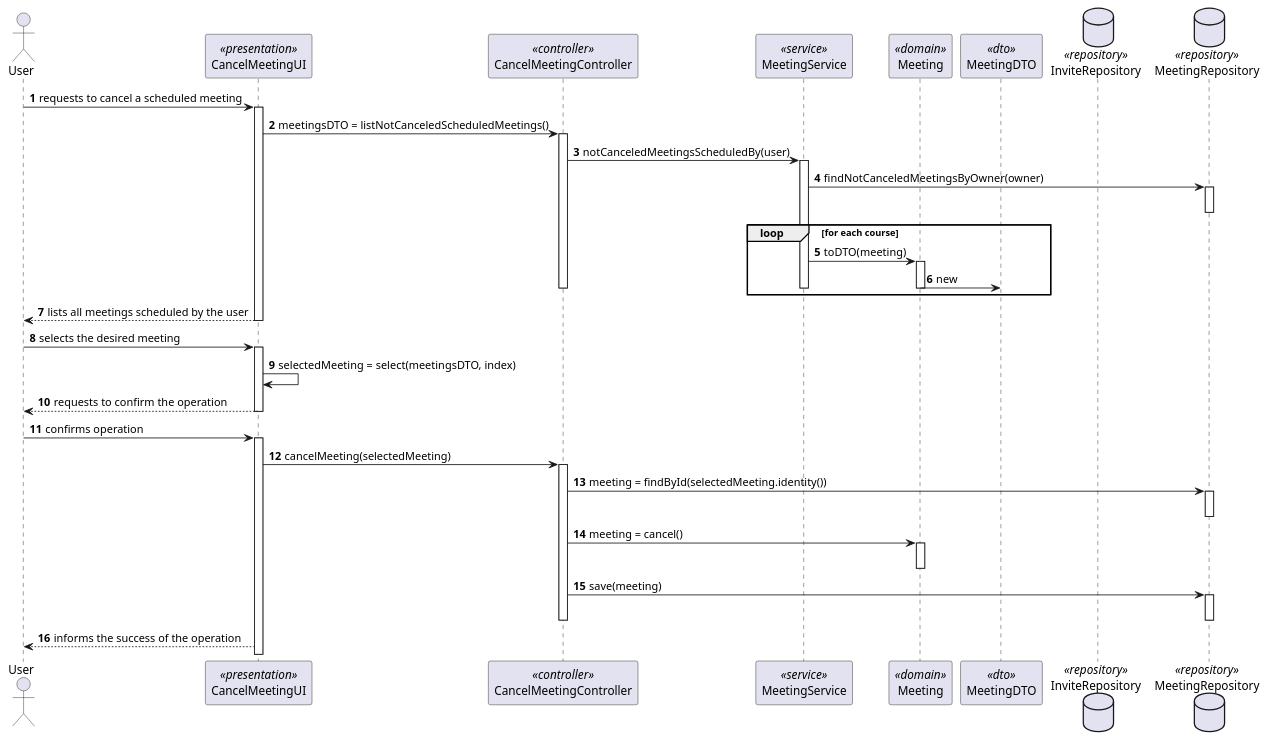
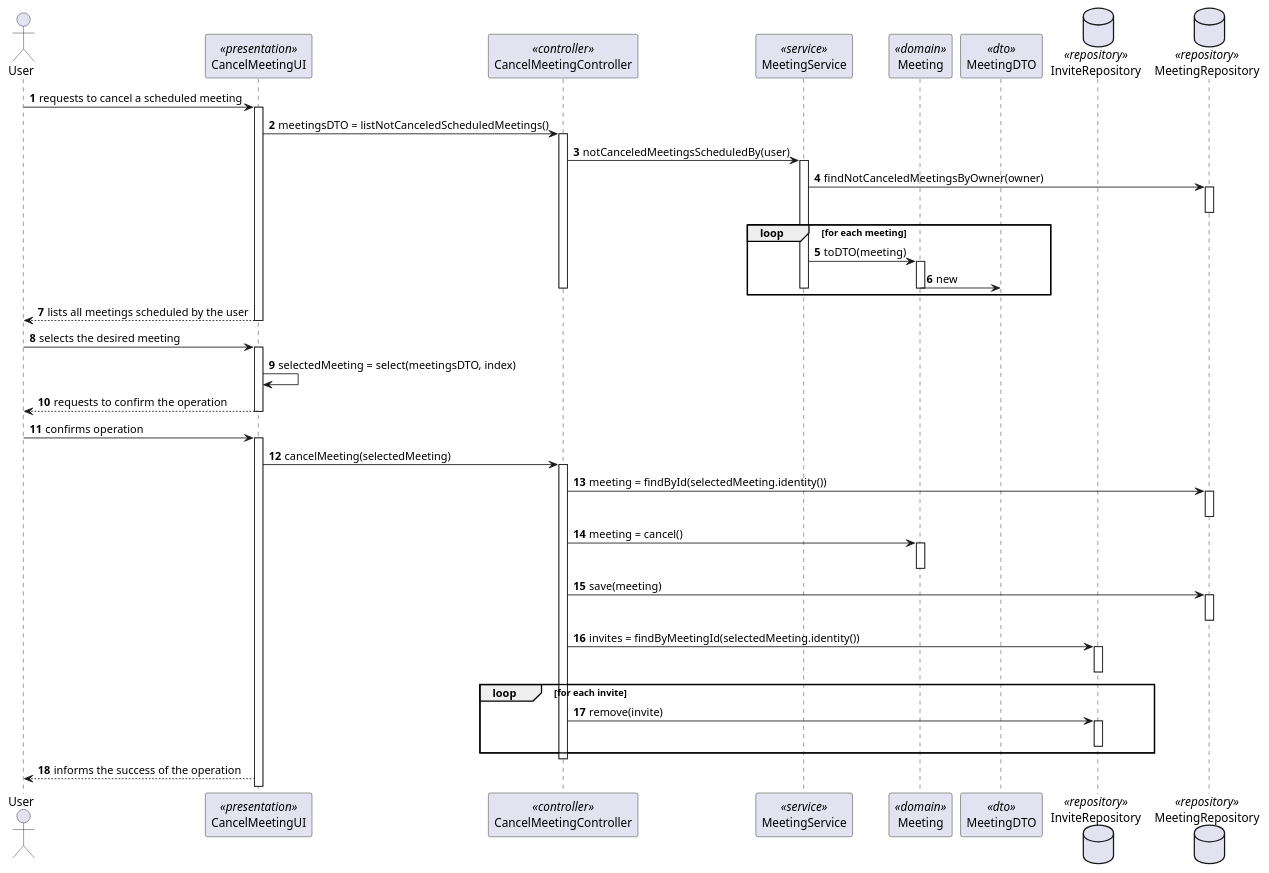
One commit to miseEnPlace-dev/lapr4 changed the diagram in docs/sprint-c/us40-4002/US4002_SD.puml. Above: the diagram before and after it, drawn with PlantUML. The commit also changed 2 other files, not shown here.

```diff
--- a/docs/sprint-c/us40-4002/US4002_SD.puml
+++ b/docs/sprint-c/us40-4002/US4002_SD.puml
@@ -1,61 +1,71 @@
-@startuml US4003_SD
+@startuml US4002_SD
 autonumber
 
 actor "User" as U
 
 participant "CancelMeetingUI" as UI <<presentation>>
 participant "CancelMeetingController" as CTRL <<controller>>
 participant "MeetingService" as MS <<service>>
 participant "Meeting" as Meeting <<domain>>
 participant "MeetingDTO" as DTO <<dto>>
 
 database InviteRepository as IR <<repository>>
 database MeetingRepository as MR <<repository>>
 
 
 
 U -> UI: requests to cancel a scheduled meeting
 activate UI
 UI -> CTRL: meetingsDTO = listNotCanceledScheduledMeetings()
 activate CTRL
 CTRL -> MS: notCanceledMeetingsScheduledBy(user)
 
 activate MS
 MS -> MR: findNotCanceledMeetingsByOwner(owner)
 activate MR
 deactivate MR
-loop for each course
+loop for each meeting
     MS -> Meeting : toDTO(meeting)
     activate Meeting
     Meeting -> DTO : new
     deactivate MS
     deactivate Meeting
     deactivate CTRL
   end loop
 UI --> U: lists all meetings scheduled by the user
 deactivate UI
 
 U -> UI: selects the desired meeting
 activate UI
 UI -> UI: selectedMeeting = select(meetingsDTO, index)
 
 UI --> U: requests to confirm the operation
 deactivate UI
 U -> UI: confirms operation
 activate UI
 UI -> CTRL: cancelMeeting(selectedMeeting)
 
 activate CTRL
 CTRL -> MR: meeting = findById(selectedMeeting.identity())
 activate MR
 deactivate MR
 CTRL -> Meeting: meeting = cancel()
 activate Meeting
 deactivate Meeting
 CTRL -> MR: save(meeting)
 activate MR
 deactivate MR
+CTRL -> IR: invites = findByMeetingId(selectedMeeting.identity())
+activate IR
+deactivate IR
+
+loop for each invite
+    CTRL -> IR: remove(invite)
+    activate IR
+    deactivate IR
+end loop
+
 deactivate CTRL
 UI --> U: informs the success of the operation
 
 @enduml
```
